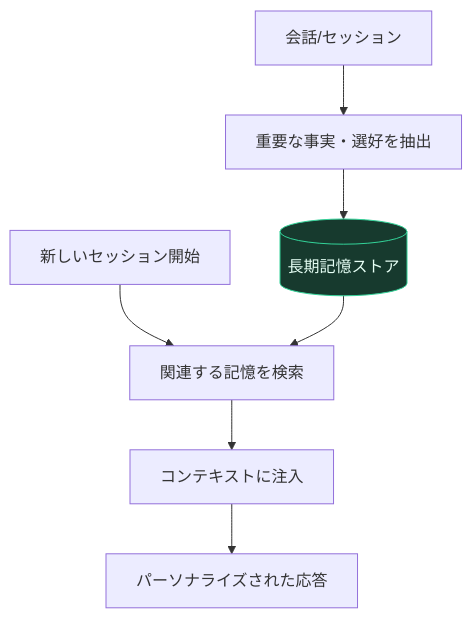
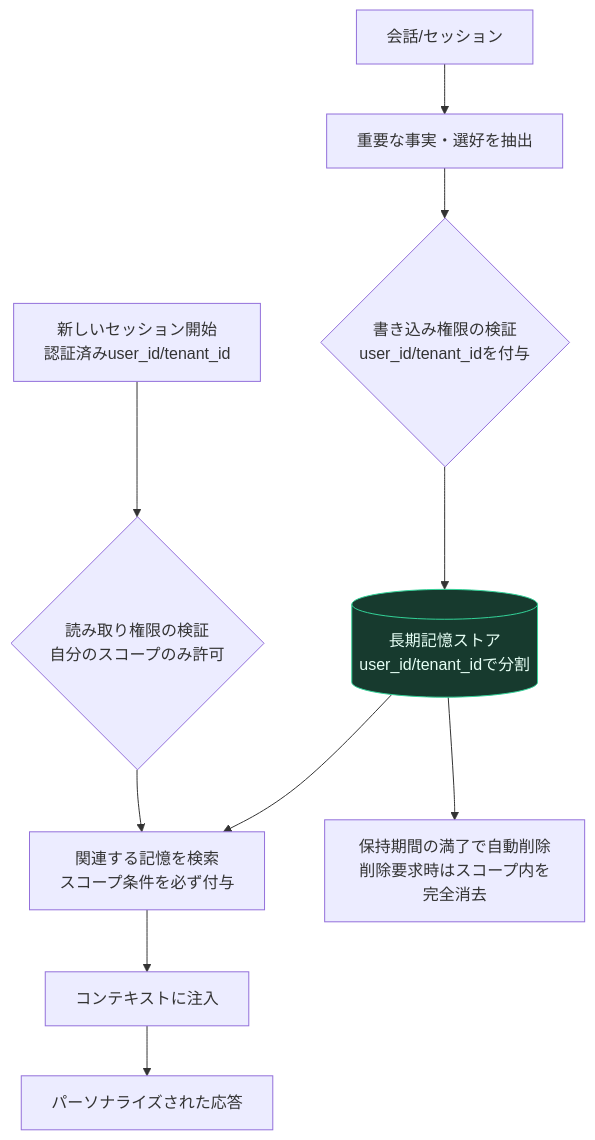
One commit to myoshi2891/Software-Design-and-Architecture changed diagram 20 of 23 in Generative-ai-design-patterns-guide.md. Above: the diagram before and after it, drawn with Mermaid. The commit also changed other lines of this file and 4 other files, not shown here.

````diff
--- a/Generative-ai-design-patterns-guide.md
+++ b/Generative-ai-design-patterns-guide.md
@@ -1009,12 +1009,15 @@
 ```mermaid
 flowchart TB
     CONV[会話/セッション] --> EXTRACT[重要な事実・選好を抽出]
-    EXTRACT --> STORE[(長期記憶ストア)]
-    NEWCONV[新しいセッション開始] --> RETRIEVE[関連する記憶を検索]
+    EXTRACT --> AUTHW{書き込み権限の検証<br/>user_id/tenant_idを付与}
+    AUTHW --> STORE[(長期記憶ストア<br/>user_id/tenant_idで分割)]
+    NEWCONV[新しいセッション開始<br/>認証済みuser_id/tenant_id] --> AUTHR{読み取り権限の検証<br/>自分のスコープのみ許可}
+    AUTHR --> RETRIEVE[関連する記憶を検索<br/>スコープ条件を必ず付与]
     STORE --> RETRIEVE
     RETRIEVE --> INJECT[コンテキストに注入]
     INJECT --> RESPONSE[パーソナライズされた応答]
+    STORE --> TTL[保持期間の満了で自動削除<br/>削除要求時はスコープ内を完全消去]
 
     classDef storeFill fill:#173a2e,stroke:#34d399,color:#e6fff5
     class STORE storeFill
 ```
````
